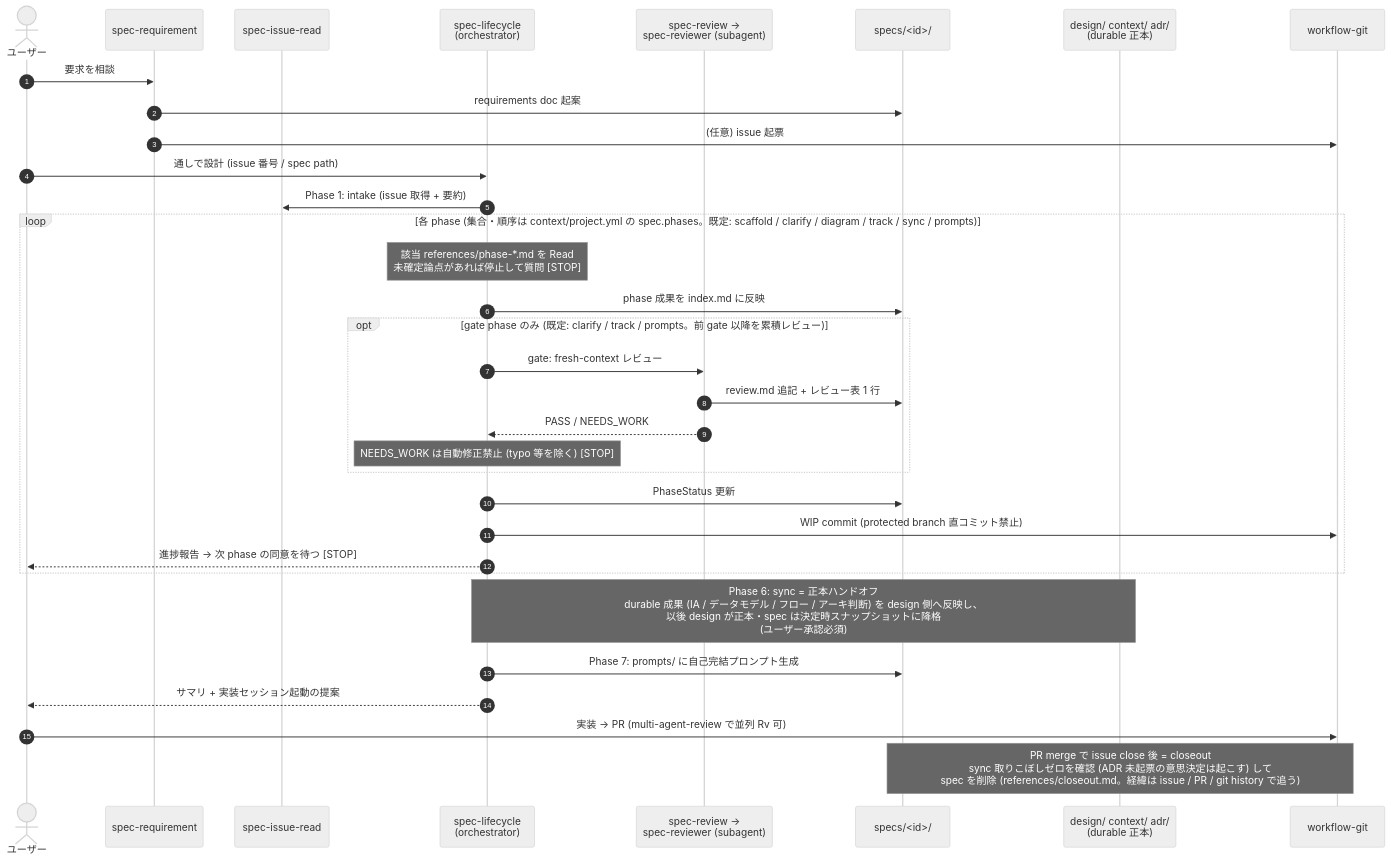
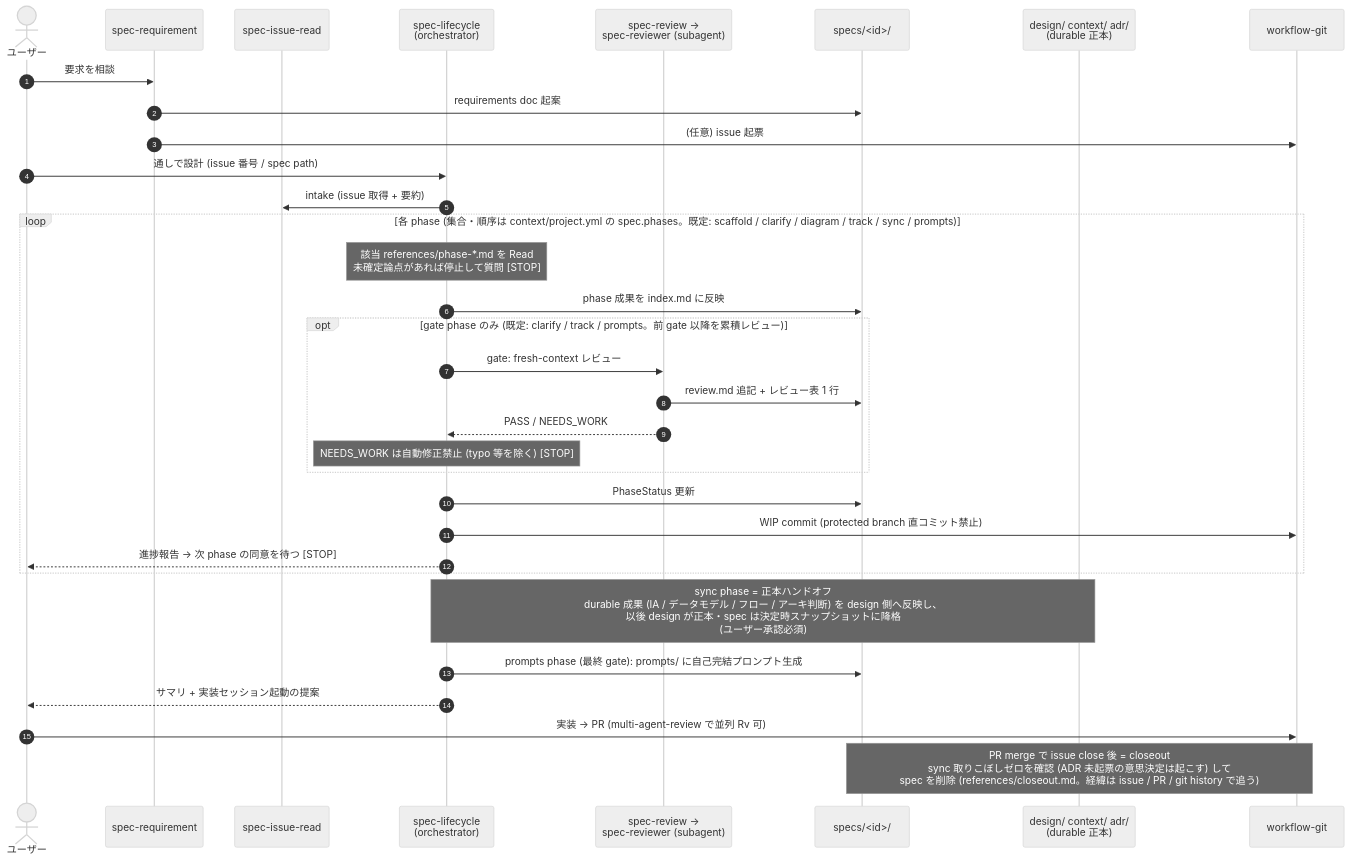
Before and after one commit to Fukuemon/agent-playbooks: the diagram in architecture.md, drawn with Mermaid (neutral theme). The commit also changed other lines of this file and 78 other files, not shown here.

````diff
--- a/architecture.md
+++ b/architecture.md
@@ -11,40 +11,40 @@
 ```mermaid
 sequenceDiagram
     autonumber
     actor U as ユーザー
     participant REQ as spec-requirement
     participant IR as spec-issue-read
     participant LC as spec-lifecycle<br/>(orchestrator)
     participant RV as spec-review →<br/>spec-reviewer (subagent)
     participant SPEC as specs/<id>/
     participant DSGN as design/ context/ adr/<br/>(durable 正本)
     participant GIT as workflow-git
 
     U->>REQ: 要求を相談
     REQ->>SPEC: requirements doc 起案
     REQ->>GIT: (任意) issue 起票
     U->>LC: 通しで設計 (issue 番号 / spec path)
-    LC->>IR: Phase 1: intake (issue 取得 + 要約)
+    LC->>IR: intake (issue 取得 + 要約)
 
     loop 各 phase (集合・順序は context/project.yml の spec.phases。既定: scaffold / clarify / diagram / track / sync / prompts)
         Note over LC: 該当 references/phase-*.md を Read<br/>未確定論点があれば停止して質問 [STOP]
         LC->>SPEC: phase 成果を index.md に反映
         opt gate phase のみ (既定: clarify / track / prompts。前 gate 以降を累積レビュー)
             LC->>RV: gate: fresh-context レビュー
             RV->>SPEC: review.md 追記 + レビュー表 1 行
             RV-->>LC: PASS / NEEDS_WORK
             Note over LC: NEEDS_WORK は自動修正禁止 (typo 等を除く) [STOP]
         end
         LC->>SPEC: PhaseStatus 更新
         LC->>GIT: WIP commit (protected branch 直コミット禁止)
         LC-->>U: 進捗報告 → 次 phase の同意を待つ [STOP]
     end
 
-    Note over LC,DSGN: Phase 6: sync = 正本ハンドオフ<br/>durable 成果 (IA / データモデル / フロー / アーキ判断) を design 側へ反映し、<br/>以後 design が正本・spec は決定時スナップショットに降格<br/>(ユーザー承認必須)
+    Note over LC,DSGN: sync phase = 正本ハンドオフ<br/>durable 成果 (IA / データモデル / フロー / アーキ判断) を design 側へ反映し、<br/>以後 design が正本・spec は決定時スナップショットに降格<br/>(ユーザー承認必須)
 
-    LC->>SPEC: Phase 7: prompts/ に自己完結プロンプト生成
+    LC->>SPEC: prompts phase (最終 gate): prompts/ に自己完結プロンプト生成
     LC-->>U: サマリ + 実装セッション起動の提案
     U->>GIT: 実装 → PR (multi-agent-review で並列 Rv 可)
 
     Note over SPEC,GIT: PR merge で issue close 後 = closeout<br/>sync 取りこぼしゼロを確認 (ADR 未起票の意思決定は起こす) して<br/>spec を削除 (references/closeout.md。経緯は issue / PR / git history で追う)
 ```
````
